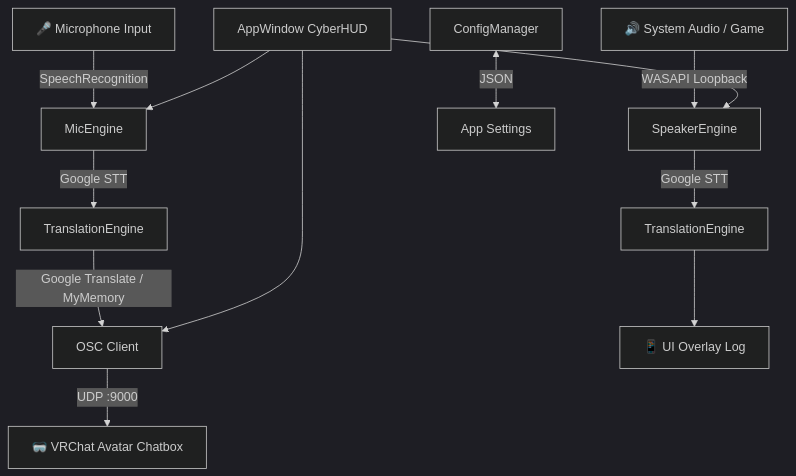
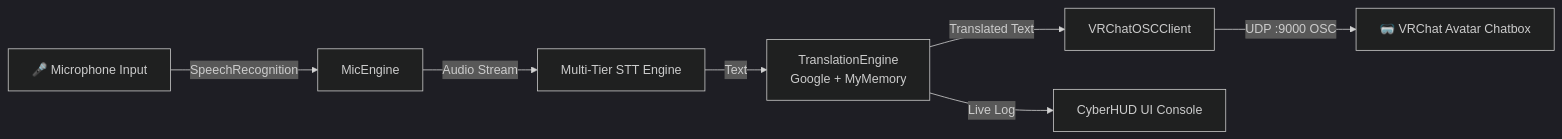
The diagram in README.md (Zpati/EchoBridge), drawn with Mermaid (dark theme) before and after one commit. The commit also changed other lines of this file and 3 other files, not shown here.

````diff
--- a/README.md
+++ b/README.md
@@ -43,16 +43,9 @@
 ```mermaid
-graph TD
+graph LR
     A[🎤 Microphone Input] -->|SpeechRecognition| B[MicEngine]
-    B -->|Google STT| C[TranslationEngine]
-    C -->|Google Translate / MyMemory| D[OSC Client]
-    D -->|UDP :9000| E[🥽 VRChat Avatar Chatbox]
-
-    F[🔊 System Audio / Game] -->|WASAPI Loopback| G[SpeakerEngine]
-    G -->|Google STT| H[TranslationEngine]
-    H --> I[📱 UI Overlay Log]
-
-    J[ConfigManager] <-->|JSON| K[App Settings]
-    L[AppWindow CyberHUD] --> B
-    L --> G
-    L --> D
+    B -->|Audio Stream| C[Multi-Tier STT Engine]
+    C -->|Text| D[TranslationEngine<br/>Google + MyMemory]
+    D -->|Translated Text| E[VRChatOSCClient]
+    E -->|UDP :9000 OSC| F[🥽 VRChat Avatar Chatbox]
+    D -->|Live Log| G[CyberHUD UI Console]
 ```
````
